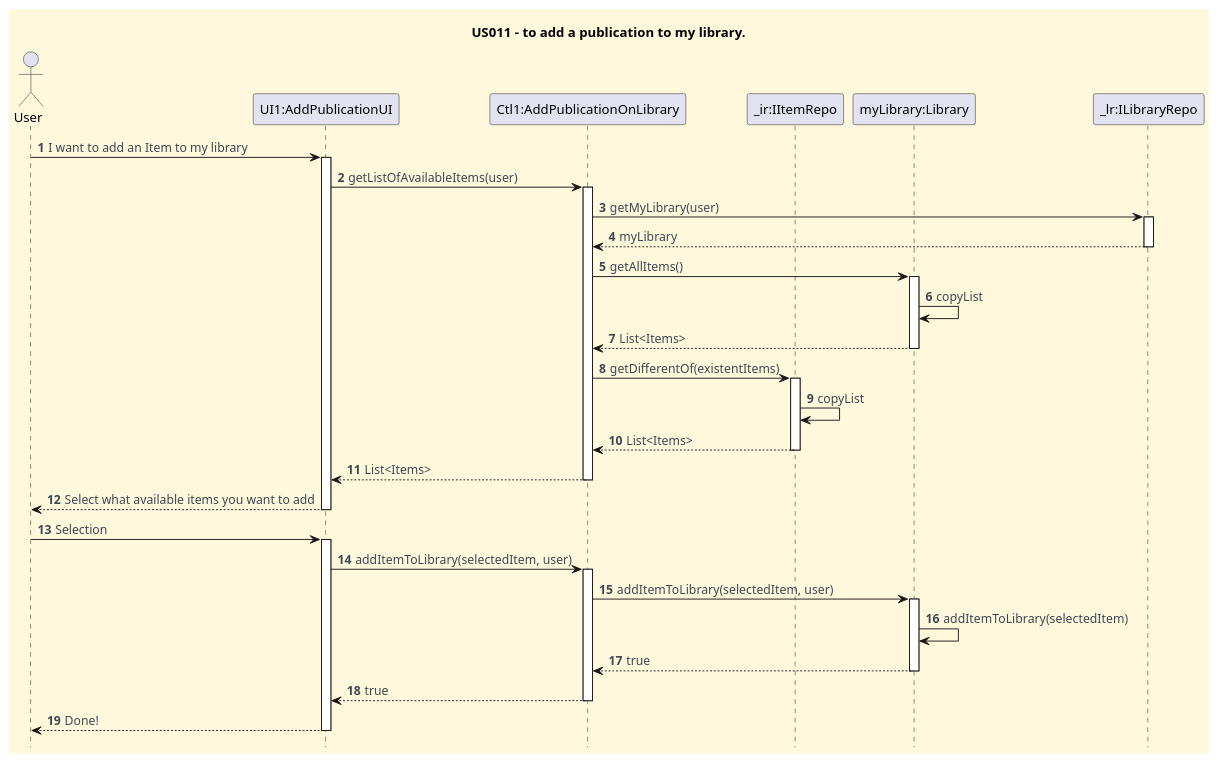
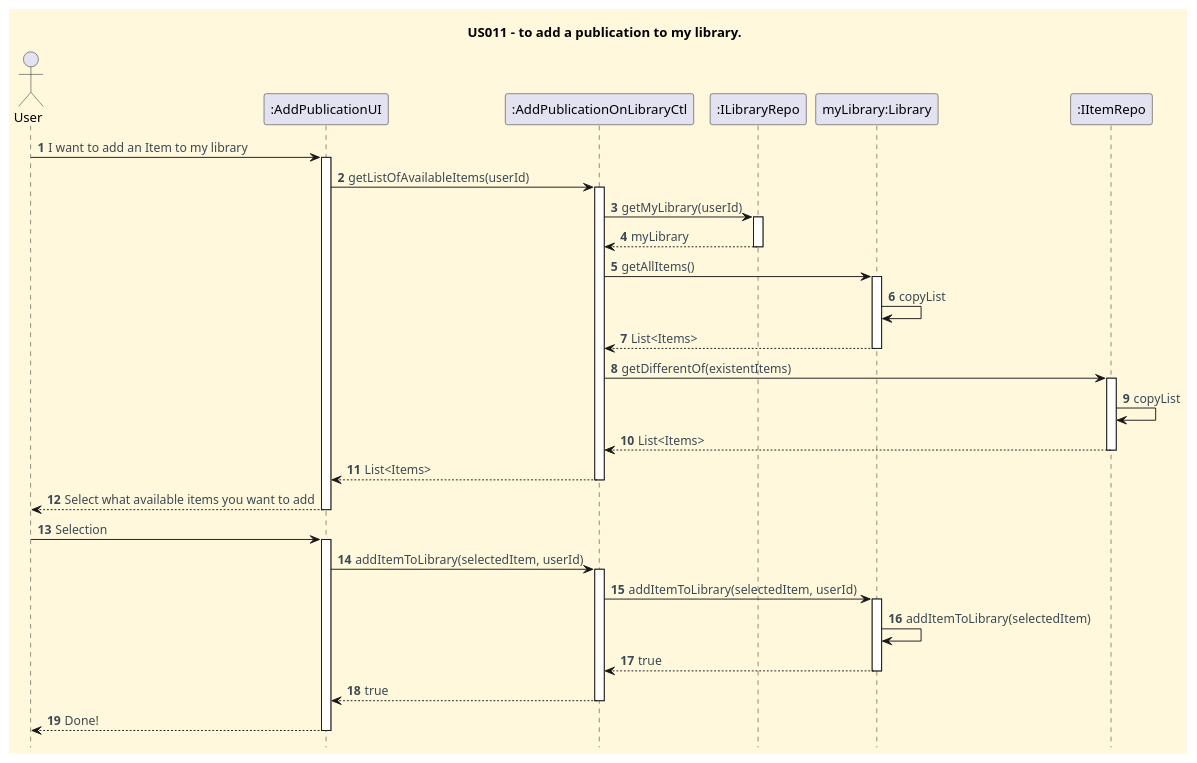
The diagram in docs/user-stories/US011/US011_add_publication_to_my_library_SD.puml (CarolinaLeite-collab/JavaMarketplacePlatform), drawn with PlantUML before and after one commit. The commit also changed 3 other files, not shown here.

```diff
--- a/docs/user-stories/US011/US011_add_publication_to_my_library_SD.puml
+++ b/docs/user-stories/US011/US011_add_publication_to_my_library_SD.puml
@@ -1,64 +1,64 @@
 @startuml
 'https://plantuml.com/sequence-diagram
 hide footbox
 title US011 - to add a publication to my library.
 
 '==== basic style ====
 skinparam monochrome false
 skinparam shadowing false
 skinparam defaultFontName Futura
 skinparam objectFontSize 20
 skinparam backgroundColor CornSilk
 skinparam objectBackgroundColor WhiteSmoke
 skinparam noteBackgroundColor #FFFFE0
 skinparam ArrowFontColor #3B4953
 skinparam ActivationBackgroundColor black
 
 autonumber
 autoactivate off
 
 
 actor User
-participant "UI1:AddPublicationUI"
-participant "Ctl1:AddPublicationOnLibrary"
-participant "_ir:IItemRepo"
-participant "myLibrary:Library"
-participant "_lr:ILibraryRepo"
+participant ":AddPublicationUI" as UI
+participant ":AddPublicationOnLibraryCtl" as CTL
+participant ":ILibraryRepo" as LIBREPO
+participant "myLibrary:Library" as LIB
+participant ":IItemRepo" as ITEMREPO
 
-User -> "UI1:AddPublicationUI" : I want to add an Item to my library
-activate "UI1:AddPublicationUI"
-"UI1:AddPublicationUI" -> "Ctl1:AddPublicationOnLibrary" : getListOfAvailableItems(user)
-activate "Ctl1:AddPublicationOnLibrary"
-"Ctl1:AddPublicationOnLibrary" -> "_lr:ILibraryRepo" : getMyLibrary(user)
-activate "_lr:ILibraryRepo"
-"_lr:ILibraryRepo" --> "Ctl1:AddPublicationOnLibrary" : myLibrary
-deactivate "_lr:ILibraryRepo"
-"Ctl1:AddPublicationOnLibrary" -> "myLibrary:Library" : getAllItems()
-activate "myLibrary:Library"
-"myLibrary:Library" -> "myLibrary:Library" : copyList
-"myLibrary:Library" --> "Ctl1:AddPublicationOnLibrary" : List<Items>
-deactivate "myLibrary:Library"
-"Ctl1:AddPublicationOnLibrary" -> "_ir:IItemRepo" : getDifferentOf(existentItems)
-activate "_ir:IItemRepo"
-"_ir:IItemRepo" -> "_ir:IItemRepo" : copyList
-"_ir:IItemRepo" --> "Ctl1:AddPublicationOnLibrary" : List<Items>
-deactivate "_ir:IItemRepo"
-"Ctl1:AddPublicationOnLibrary" --> "UI1:AddPublicationUI" : List<Items>
-deactivate "Ctl1:AddPublicationOnLibrary"
-"UI1:AddPublicationUI" --> User : Select what available items you want to add
-deactivate "UI1:AddPublicationUI"
-User -> "UI1:AddPublicationUI" : Selection
-activate "UI1:AddPublicationUI"
-"UI1:AddPublicationUI" -> "Ctl1:AddPublicationOnLibrary" : addItemToLibrary(selectedItem, user)
-activate "Ctl1:AddPublicationOnLibrary"
-"Ctl1:AddPublicationOnLibrary" -> "myLibrary:Library" : addItemToLibrary(selectedItem, user)
-activate "myLibrary:Library"
-"myLibrary:Library" -> "myLibrary:Library" : addItemToLibrary(selectedItem)
-"myLibrary:Library" --> "Ctl1:AddPublicationOnLibrary" : true
-deactivate "myLibrary:Library"
-"Ctl1:AddPublicationOnLibrary" --> "UI1:AddPublicationUI" : true
-deactivate "Ctl1:AddPublicationOnLibrary"
-"UI1:AddPublicationUI" --> User : Done!
-deactivate "UI1:AddPublicationUI"
+User -> UI : I want to add an Item to my library
+activate UI
+UI -> CTL : getListOfAvailableItems(userId)
+activate CTL
+CTL -> LIBREPO : getMyLibrary(userId)
+activate LIBREPO
+LIBREPO --> CTL : myLibrary
+deactivate LIBREPO
+CTL -> LIB : getAllItems()
+activate LIB
+LIB -> LIB : copyList
+LIB --> CTL : List<Items>
+deactivate LIB
+CTL -> ITEMREPO : getDifferentOf(existentItems)
+activate ITEMREPO
+ITEMREPO -> ITEMREPO : copyList
+ITEMREPO --> CTL : List<Items>
+deactivate ITEMREPO
+CTL --> UI : List<Items>
+deactivate CTL
+UI --> User : Select what available items you want to add
+deactivate UI
+User -> UI : Selection
+activate UI
+UI -> CTL : addItemToLibrary(selectedItem, userId)
+activate CTL
+CTL -> LIB : addItemToLibrary(selectedItem, userId)
+activate LIB
+LIB -> LIB : addItemToLibrary(selectedItem)
+LIB --> CTL : true
+deactivate LIB
+CTL --> UI : true
+deactivate CTL
+UI --> User : Done!
+deactivate UI
 
 @enduml
```
